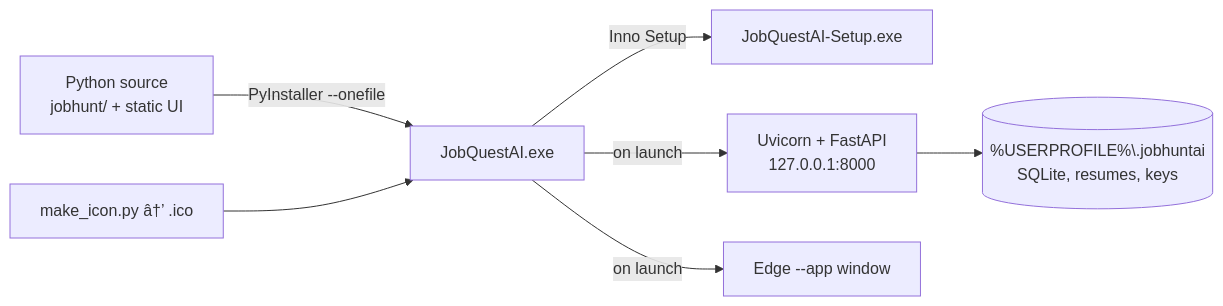
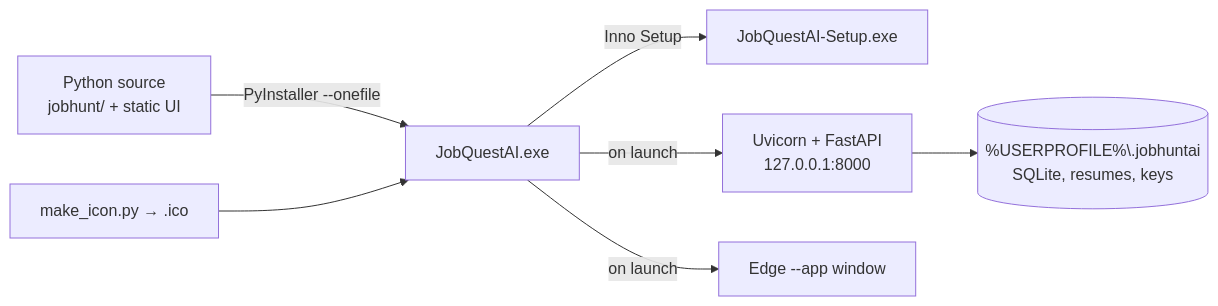
The second of 2 diagrams in README.md (striderzz/JobQuest.AI), drawn with Mermaid before and after one commit. The commit also changed other lines of this file and 47 other files, not shown here.

````diff
--- a/README.md
+++ b/README.md
@@ -244,9 +257,9 @@
 ```mermaid
 flowchart LR
   SRC["Python source<br/>jobhunt/ + static UI"] -->|PyInstaller --onefile| EXE["JobQuestAI.exe"]
-  ICON["make_icon.py â†’ .ico"] --> EXE
+  ICON["make_icon.py → .ico"] --> EXE
   EXE -->|Inno Setup| SETUP["JobQuestAI-Setup.exe"]
   EXE -->|on launch| SRV["Uvicorn + FastAPI<br/>127.0.0.1:8000"]
   EXE -->|on launch| WIN["Edge --app window"]
   SRV --> DATA[("%USERPROFILE%\.jobhuntai<br/>SQLite, resumes, keys")]
 ```
````
